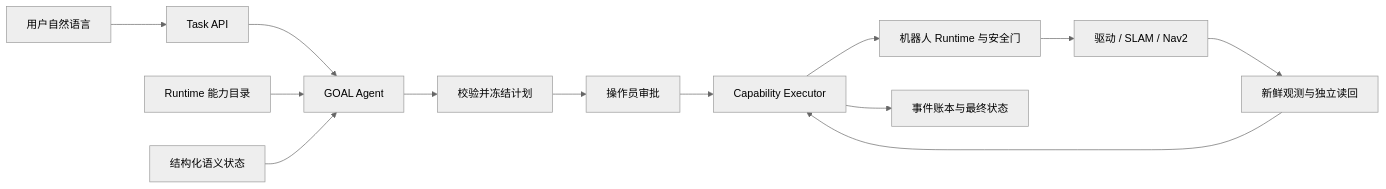
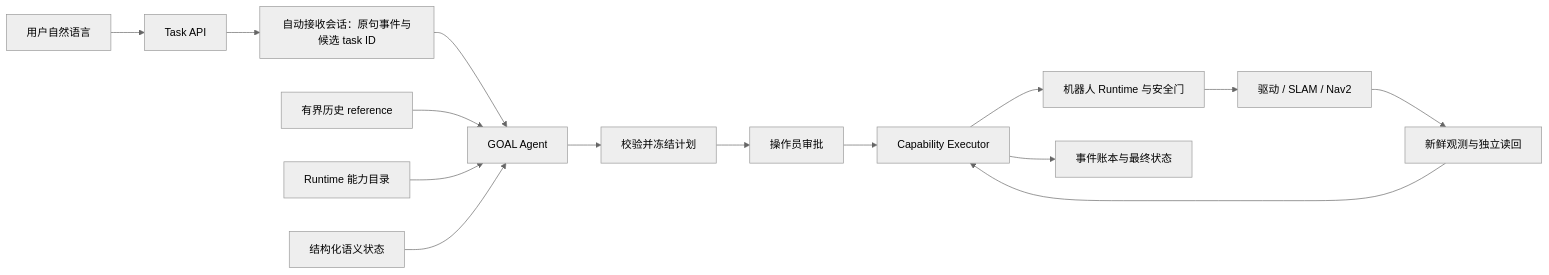
Before and after one commit to SUSTechWLA/tangying-robot-agent-os: the diagram in docs/guides/natural-language-task-lifecycle.md, drawn with Mermaid (neutral theme). The commit also changed other lines of this file and 52 other files, not shown here.

````diff
--- a/docs/guides/natural-language-task-lifecycle.md
+++ b/docs/guides/natural-language-task-lifecycle.md
@@ -9,15 +11,17 @@
 ```mermaid
 flowchart LR
     U[用户自然语言] --> T[Task API]
-    T --> P[GOAL Agent]
+    T --> Intake[自动接收会话：原句事件与候选 task ID]
+    Intake --> P[GOAL Agent]
+    H[有界历史 reference] --> P
     C[Runtime 能力目录] --> P
     S[结构化语义状态] --> P
     P --> F[校验并冻结计划]
     F --> A[操作员审批]
     A --> E[Capability Executor]
     E --> R[机器人 Runtime 与安全门]
     R --> D[驱动 / SLAM / Nav2]
     D --> V[新鲜观测与独立读回]
     V --> E
     E --> J[事件账本与最终状态]
 ```
````
